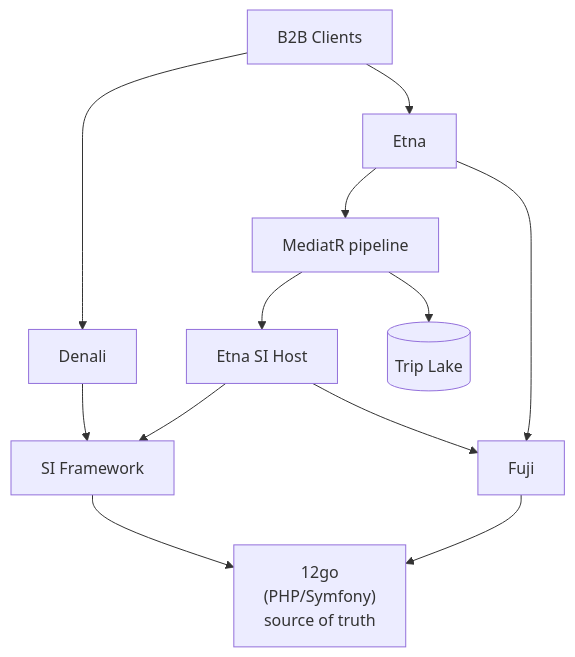
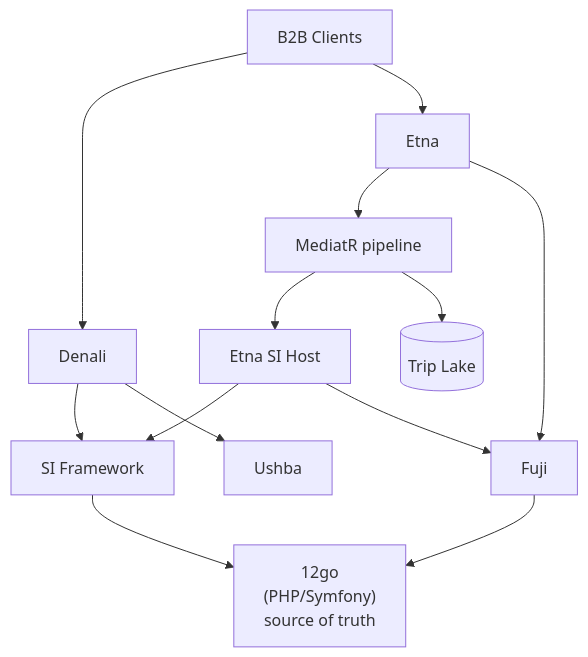
One commit to sosotravelier/tc-transition-to-12go changed the first of 6 diagrams in presentation/meeting-brief.md. Above: the diagram before and after it, drawn with Mermaid.

Commit message:
Add Ushba call from Denali to context diagram
Made-with: Cursor

````diff
--- a/presentation/meeting-brief.md
+++ b/presentation/meeting-brief.md
@@ -11,26 +11,28 @@
 ```mermaid
 flowchart TB
     Client["B2B Clients"]
 
     Denali["Denali"]
     Etna["Etna"]
 
     MediatR["MediatR pipeline"]
     SIHost["Etna SI Host"]
     Fuji["Fuji"]
     SI["SI Framework"]
+    Ushba["Ushba"]
     TripLake[(Trip Lake)]
     TG["12go\n(PHP/Symfony)\nsource of truth"]
 
     Client --> Denali
     Client --> Etna
     Denali --> SI
+    Denali --> Ushba
     Etna --> MediatR
     Etna --> Fuji
     MediatR --> SIHost
     MediatR --> TripLake
     SIHost --> SI
     SIHost --> Fuji
     SI --> TG
     Fuji --> TG
 ```
````
